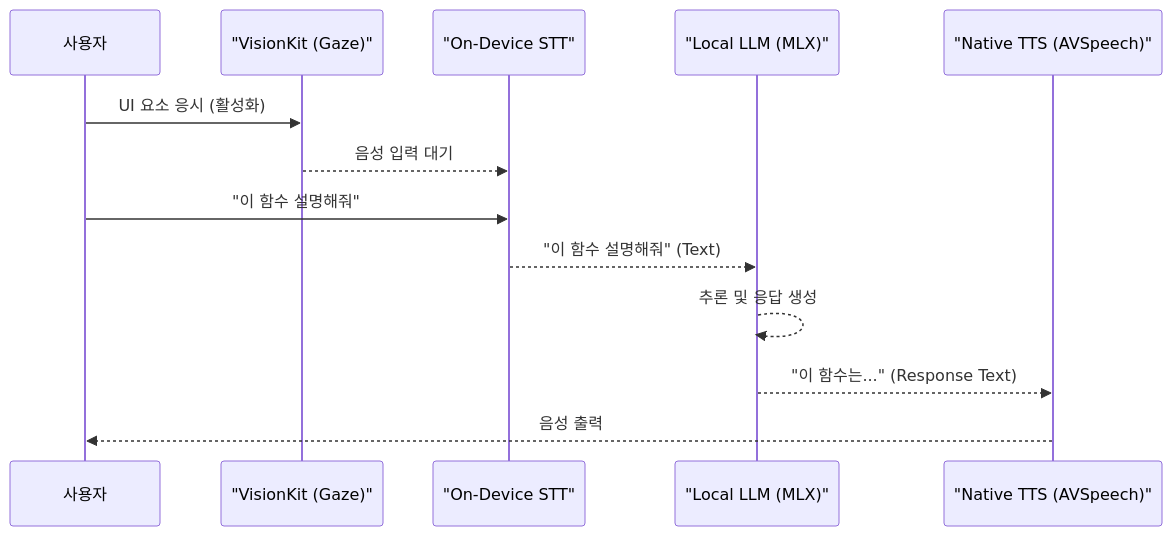
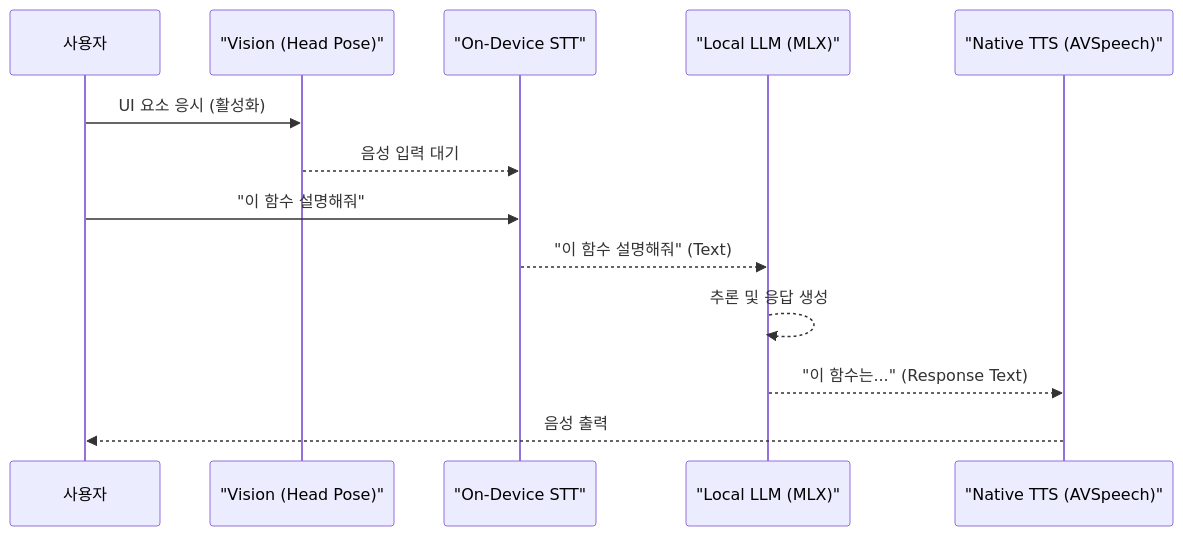
The diagram in content/agents/macos-realtime-ai-agent-visionkit-local-llm-low-latency.mdx (Mino777/ai-study), drawn with Mermaid before and after one commit. The commit also changed other lines of this file and 14 other files, not shown here.

````diff
--- a/content/agents/macos-realtime-ai-agent-visionkit-local-llm-low-latency.mdx
+++ b/content/agents/macos-realtime-ai-agent-visionkit-local-llm-low-latency.mdx
@@ -55,16 +56,16 @@
 ```mermaid
 sequenceDiagram
     participant User as 사용자
-    participant VisionKit as "VisionKit (Gaze)"
+    participant Gaze as "Vision (Head Pose)"
     participant STT as "On-Device STT"
     participant LLM as "Local LLM (MLX)"
     participant TTS as "Native TTS (AVSpeech)"
 
-    User->>VisionKit: UI 요소 응시 (활성화)
-    VisionKit-->>STT: 음성 입력 대기
+    User->>Gaze: UI 요소 응시 (활성화)
+    Gaze-->>STT: 음성 입력 대기
     User->>STT: "이 함수 설명해줘"
     STT-->>LLM: "이 함수 설명해줘" (Text)
     LLM-->>LLM: 추론 및 응답 생성
     LLM-->>TTS: "이 함수는..." (Response Text)
     TTS-->>User: 음성 출력
 ```
````
